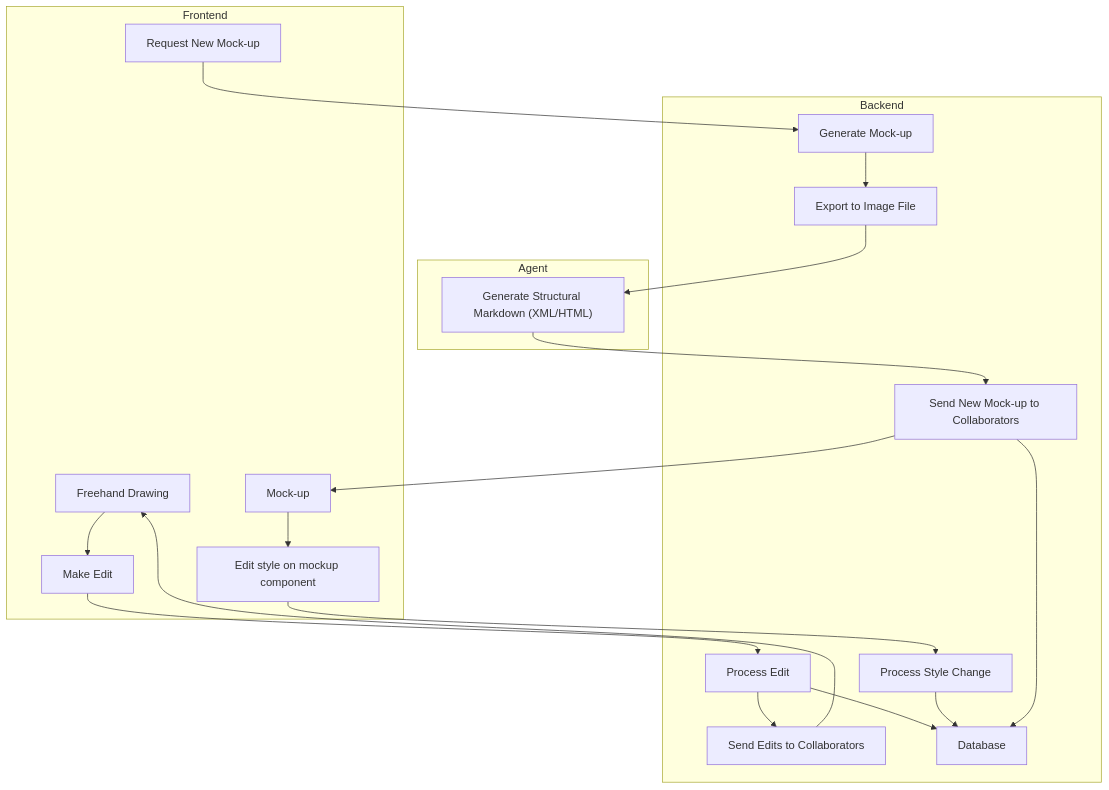
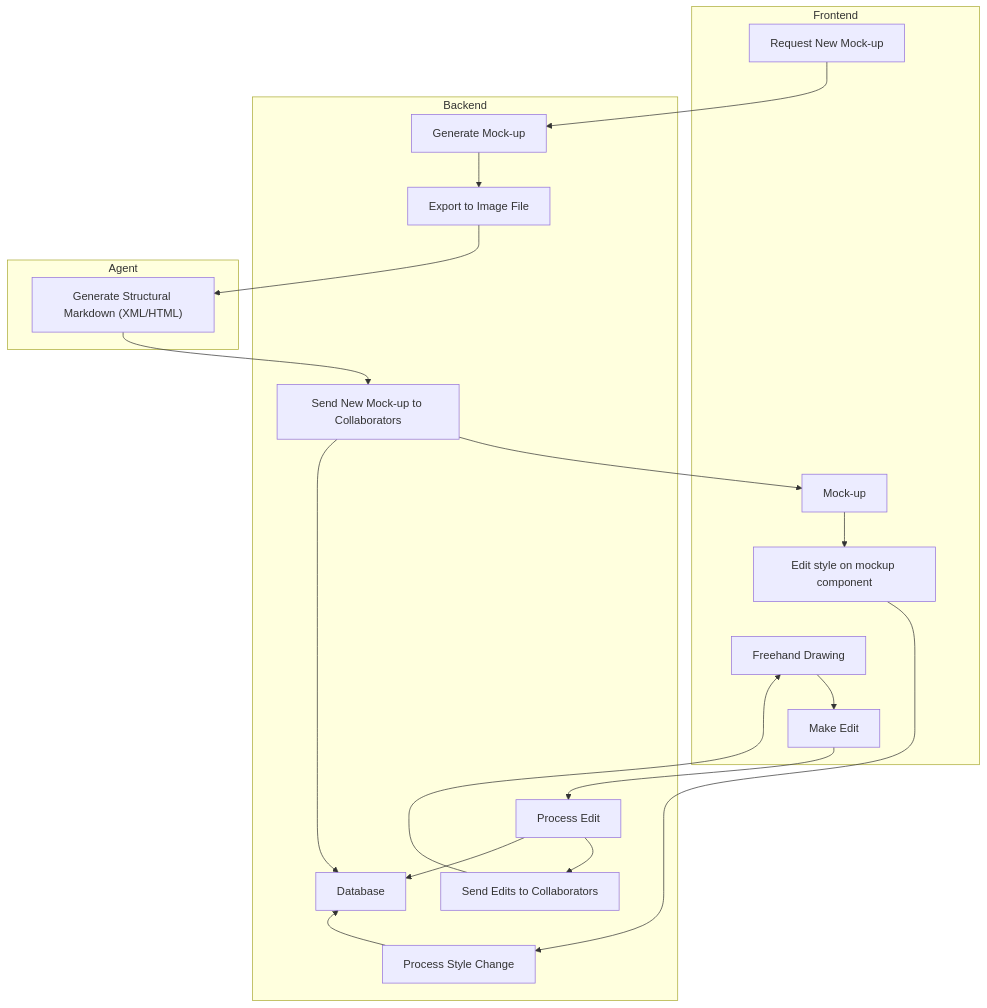
One commit to Capstone-Projects-2025-Fall/project-001-sketch2screen changed the diagram in documentation/docs/requirements/system-block-diagram.md. Above: the diagram before and after it, drawn with Mermaid.

Commit message:
adjust block diagram for cleaner render

````diff
--- a/documentation/docs/requirements/system-block-diagram.md
+++ b/documentation/docs/requirements/system-block-diagram.md
@@ -10,29 +10,31 @@
 ```mermaid
 flowchart TB
     subgraph frontend[Frontend]
         drawing[Freehand Drawing]
         edit[Make Edit]
         mockup[Mock-up]
         restyle[Edit style on mockup component]
         requestMockup[Request New Mock-up]
     end
     subgraph backend[Backend]
         generateMockup[Generate Mock-up]
         sendEdits[Send Edits to Collaborators]
         sendMockup[Send New Mock-up to Collaborators]
         database[Database]
         processEdit[Process Edit]
         processStyle[Process Style Change]
         fileExport[Export to Image File]
     end
     subgraph agnt[Agent]
         agent["Generate Structural Markdown (XML/HTML)"]
     end
     
 
     drawing-->edit-->processEdit-->sendEdits-->drawing
     processEdit-->database
     requestMockup-->generateMockup-->fileExport-->agent-->sendMockup-->mockup
     mockup-->restyle-->processStyle-->database
     sendMockup-->database
+    restyle~~~drawing
+    database~~~processStyle
 ```
````
